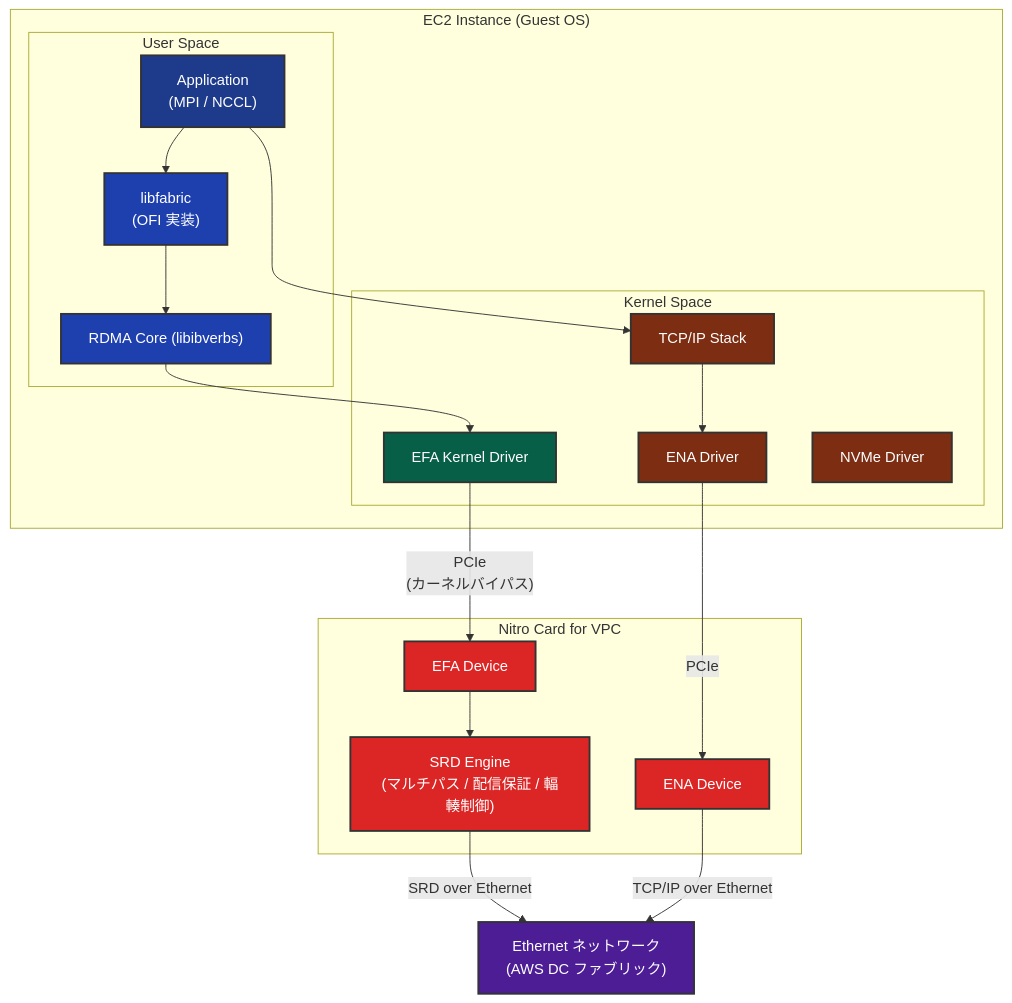
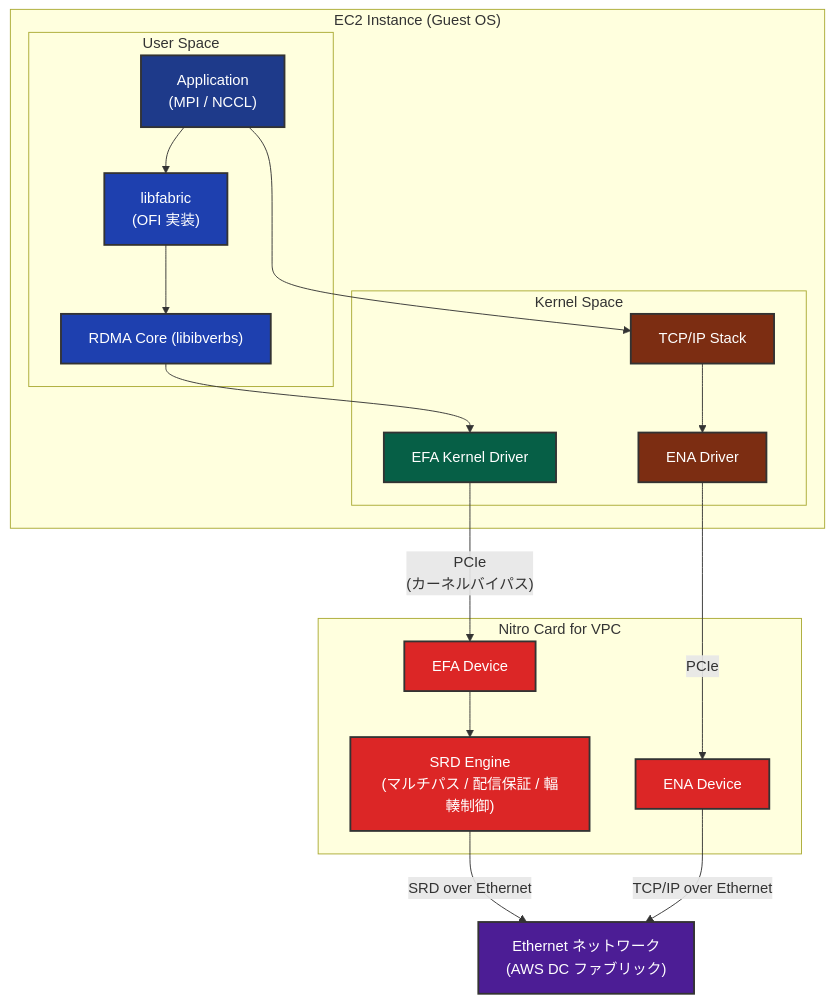
Before and after one commit to littlemex/zenn: the fourth of 4 diagrams in articles/0eeb53ca63f8b2.md, drawn with Mermaid. The commit also changed other lines of this file, not shown here.

````diff
--- a/articles/0eeb53ca63f8b2.md
+++ b/articles/0eeb53ca63f8b2.md
@@ -421,47 +412,45 @@
 ```mermaid
 graph TB
     subgraph "EC2 Instance (Guest OS)"
         subgraph "User Space"
             APP["Application<br/>(MPI / NCCL)"]
             LF["libfabric<br/>(OFI 実装)"]
             RDMA_CORE["RDMA Core (libibverbs)"]
         end
         subgraph "Kernel Space"
             EFA_DRV["EFA Kernel Driver"]
             TCP["TCP/IP Stack"]
             ENA_DRV["ENA Driver"]
-            NVME_DRV["NVMe Driver"]
         end
     end
 
     subgraph "Nitro Card for VPC"
         EFA_DEV["EFA Device"]
         SRD_ENGINE["SRD Engine<br/>(マルチパス / 配信保証 / 輻輳制御)"]
         ENA_DEV["ENA Device"]
     end
 
     ETH["Ethernet ネットワーク<br/>(AWS DC ファブリック)"]
 
     APP --> LF
     LF --> RDMA_CORE
     RDMA_CORE --> EFA_DRV
     APP --> TCP
     TCP --> ENA_DRV
     EFA_DRV -->|"PCIe<br/>(カーネルバイパス)"| EFA_DEV
     ENA_DRV -->|"PCIe"| ENA_DEV
     EFA_DEV --> SRD_ENGINE
     SRD_ENGINE -->|"SRD over Ethernet"| ETH
     ENA_DEV -->|"TCP/IP over Ethernet"| ETH
 
     style APP fill: #1e3a8a,stroke: #333,stroke-width:2px,color: #fff
     style LF fill: #1e40af,stroke: #333,stroke-width:2px,color: #fff
     style RDMA_CORE fill: #1e40af,stroke: #333,stroke-width:2px,color: #fff
     style EFA_DRV fill: #065f46,stroke: #333,stroke-width:2px,color: #fff
     style TCP fill: #7c2d12,stroke: #333,stroke-width:2px,color: #fff
     style ENA_DRV fill: #7c2d12,stroke: #333,stroke-width:2px,color: #fff
-    style NVME_DRV fill: #7c2d12,stroke: #333,stroke-width:2px,color: #fff
     style EFA_DEV fill: #dc2626,stroke: #333,stroke-width:2px,color: #fff
     style SRD_ENGINE fill: #dc2626,stroke: #333,stroke-width:2px,color: #fff
     style ENA_DEV fill: #dc2626,stroke: #333,stroke-width:2px,color: #fff
     style ETH fill: #4c1d95,stroke: #333,stroke-width:2px,color: #fff
 ```
````
